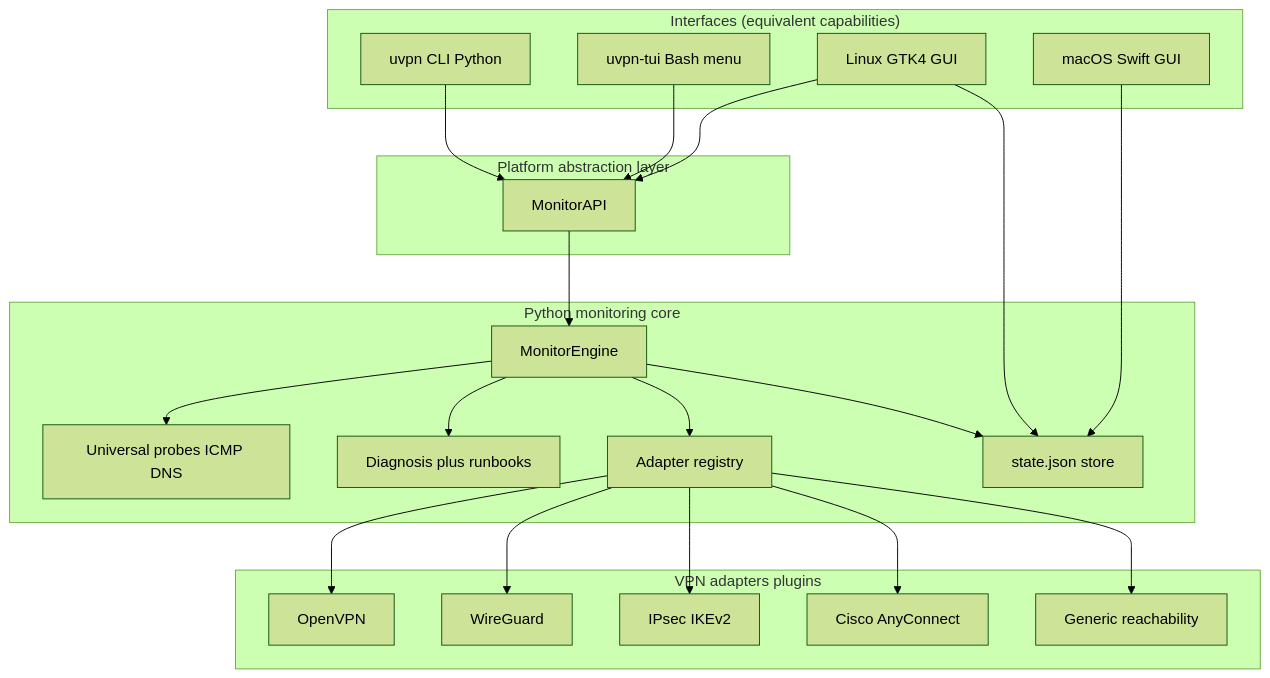
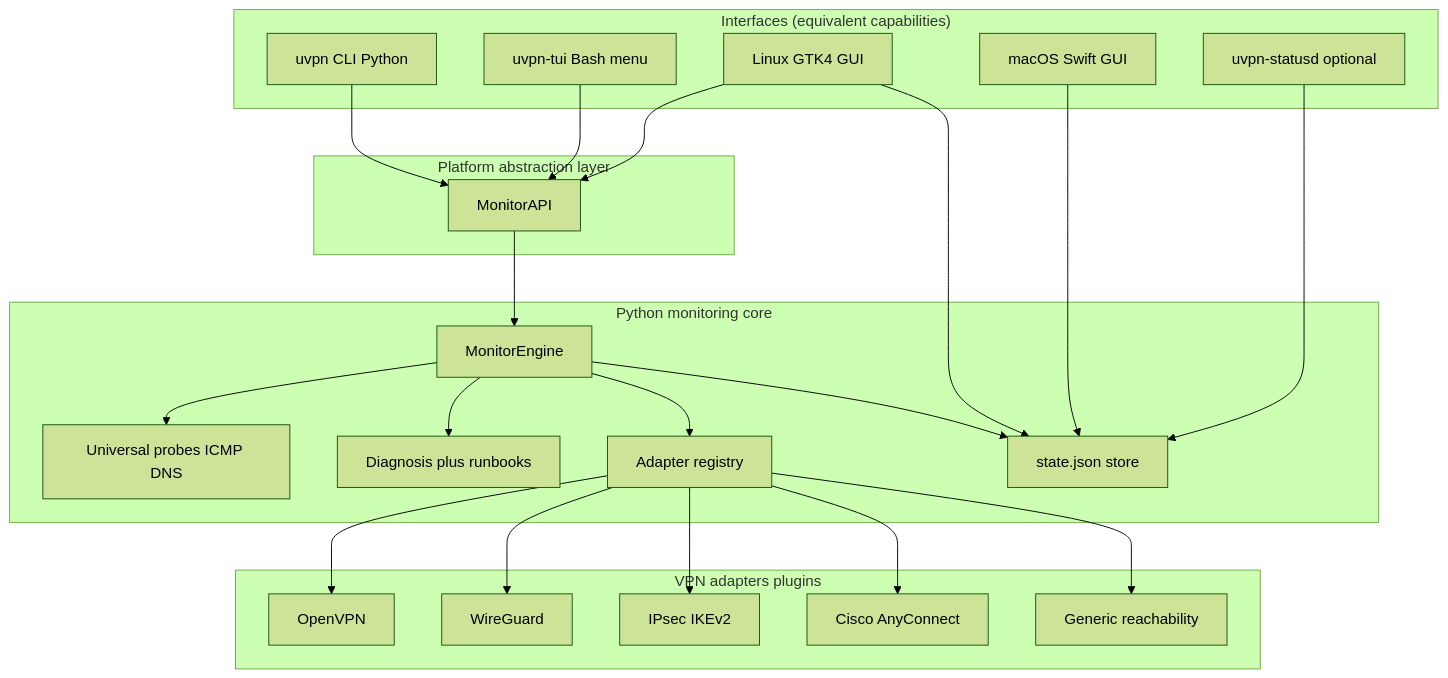
Before and after one commit to roto31/Tunnel-Monitor---Universal: the first of 9 diagrams in docs/architecture/system-design.md, drawn with Mermaid (forest theme). The commit also changed other lines of this file and 63 other files, not shown here.

First line of the commit message:
Add SECURITY.md and optional uvpn-statusd portal (v1.1).

````diff
--- a/docs/architecture/system-design.md
+++ b/docs/architecture/system-design.md
@@ -9,45 +9,47 @@
 ```mermaid
 flowchart TB
     subgraph Interfaces["Interfaces (equivalent capabilities)"]
         CLI[uvpn CLI Python]
         TUI[uvpn-tui Bash menu]
         LGUI[Linux GTK4 GUI]
         MGUI[macOS Swift GUI]
+        HTTP[uvpn-statusd optional]
     end
 
     subgraph Core["Python monitoring core"]
         ENG[MonitorEngine]
         PROB[Universal probes ICMP DNS]
         DIAG[Diagnosis plus runbooks]
         STATE[state.json store]
         REG[Adapter registry]
     end
 
     subgraph Adapters["VPN adapters plugins"]
         OV[OpenVPN]
         WG[WireGuard]
         IP[IPsec IKEv2]
         CISCO[Cisco AnyConnect]
         GEN[Generic reachability]
     end
 
     subgraph PAL["Platform abstraction layer"]
         API[MonitorAPI]
     end
 
     CLI --> API
     TUI --> API
     LGUI --> API
     API --> ENG
+    HTTP --> STATE
     MGUI --> STATE
     ENG --> PROB
     ENG --> DIAG
     ENG --> REG
     REG --> OV
     REG --> WG
     REG --> IP
     REG --> CISCO
     REG --> GEN
     ENG --> STATE
     LGUI --> STATE
 ```
````
